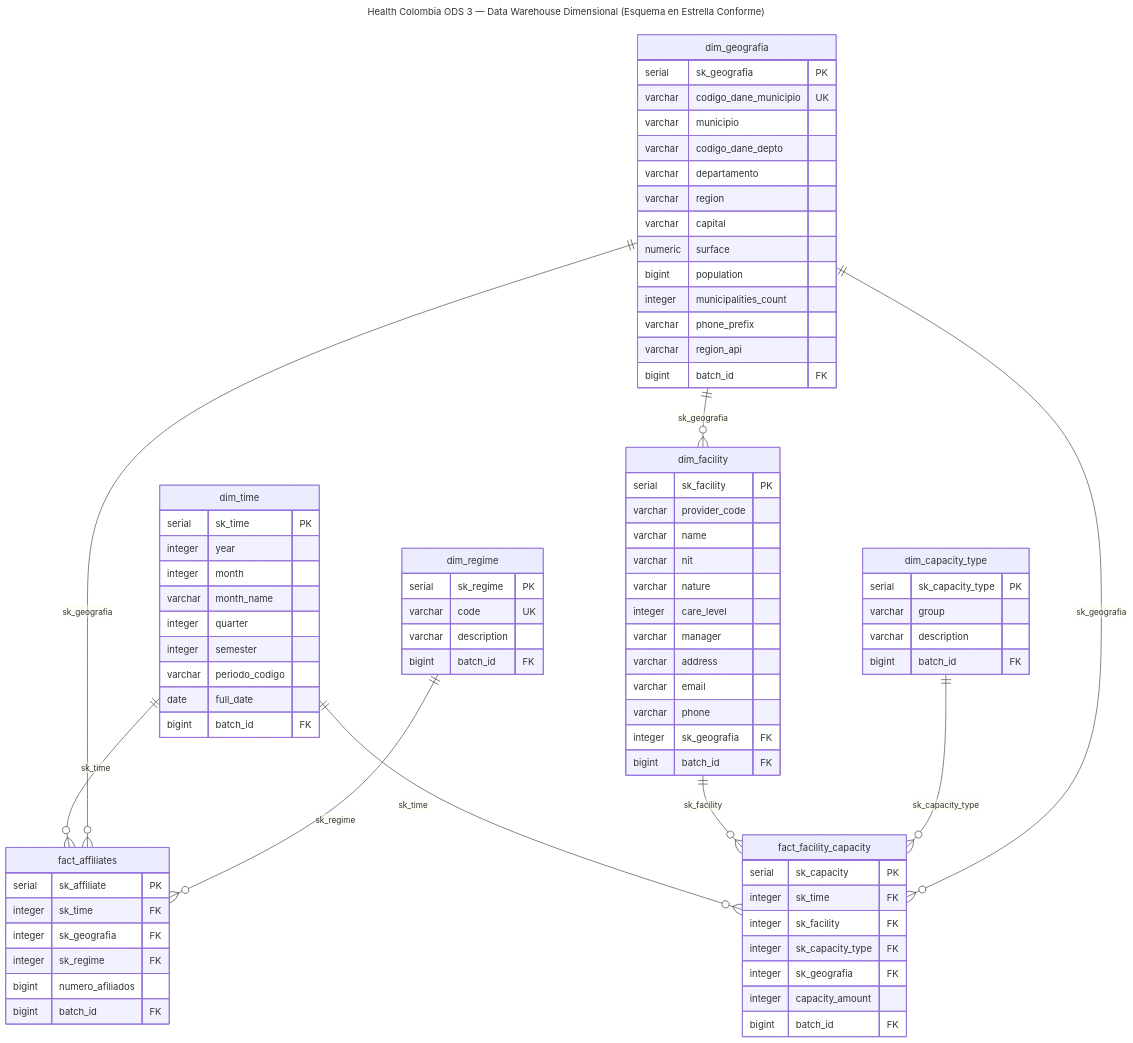
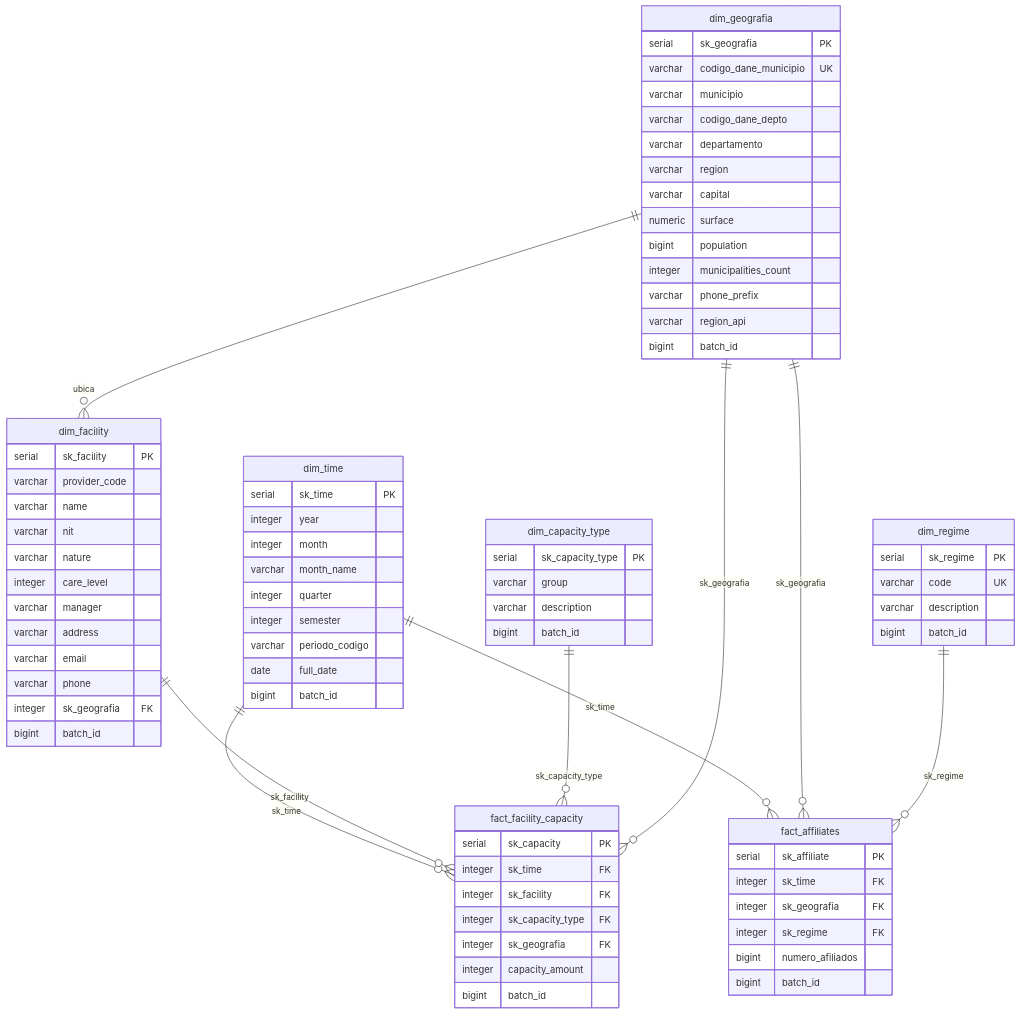
The diagram in diagrams/star_schema.mmd (driosoft-pro/etl-2026-2-ods3-salud-api-gx-airflow), drawn with Mermaid before and after one commit. The commit also changed 1958 other files, not shown here.

```diff
--- a/diagrams/star_schema.mmd
+++ b/diagrams/star_schema.mmd
@@ -1,90 +1,100 @@
----
-title: Health Colombia ODS 3 — Data Warehouse Dimensional (Esquema en Estrella Conforme)
----
 erDiagram
-    dim_time ||--o{ fact_affiliates : "sk_time"
-    dim_geografia ||--o{ fact_affiliates : "sk_geografia"
-    dim_regime ||--o{ fact_affiliates : "sk_regime"
-
-    dim_time ||--o{ fact_facility_capacity : "sk_time"
-    dim_facility ||--o{ fact_facility_capacity : "sk_facility"
-    dim_capacity_type ||--o{ fact_facility_capacity : "sk_capacity_type"
-    dim_geografia ||--o{ fact_facility_capacity : "sk_geografia"
-
-    dim_geografia ||--o{ dim_facility : "sk_geografia"
-
+    %% ==========================================
+    %% CONFORMED DIMENSIONS
+    %% ==========================================
     dim_time {
         serial sk_time PK
         integer year
         integer month
         varchar month_name
         integer quarter
         integer semester
         varchar periodo_codigo
         date full_date
-        bigint batch_id FK
+        bigint batch_id
     }
 
     dim_geografia {
         serial sk_geografia PK
         varchar codigo_dane_municipio UK
         varchar municipio
         varchar codigo_dane_depto
         varchar departamento
         varchar region
         varchar capital
         numeric surface
         bigint population
         integer municipalities_count
         varchar phone_prefix
         varchar region_api
-        bigint batch_id FK
+        bigint batch_id
     }
 
+    %% ==========================================
+    %% SPECIFIC DIMENSIONS
+    %% ==========================================
     dim_regime {
         serial sk_regime PK
         varchar code UK
         varchar description
-        bigint batch_id FK
+        bigint batch_id
     }
 
     dim_facility {
         serial sk_facility PK
         varchar provider_code
         varchar name
         varchar nit
         varchar nature
         integer care_level
         varchar manager
         varchar address
         varchar email
         varchar phone
         integer sk_geografia FK
-        bigint batch_id FK
+        bigint batch_id
     }
 
     dim_capacity_type {
         serial sk_capacity_type PK
         varchar group
         varchar description
-        bigint batch_id FK
+        bigint batch_id
     }
 
+    %% Relación dimensional jerárquica
+    dim_geografia ||--o{ dim_facility : "ubica"
+
+    %% ==========================================
+    %% FACT TABLES
+    %% ==========================================
     fact_affiliates {
         serial sk_affiliate PK
         integer sk_time FK
         integer sk_geografia FK
         integer sk_regime FK
         bigint numero_afiliados
-        bigint batch_id FK
+        bigint batch_id
     }
 
     fact_facility_capacity {
         serial sk_capacity PK
         integer sk_time FK
         integer sk_facility FK
         integer sk_capacity_type FK
         integer sk_geografia FK
         integer capacity_amount
-        bigint batch_id FK
+        bigint batch_id
     }
+
+    %% ==========================================
+    %% FACT - DIMENSION RELATIONSHIPS
+    %% ==========================================
+    dim_time ||--o{ fact_affiliates : "sk_time"
+    dim_geografia ||--o{ fact_affiliates : "sk_geografia"
+    dim_regime ||--o{ fact_affiliates : "sk_regime"
+
+    dim_time ||--o{ fact_facility_capacity : "sk_time"
+    dim_facility ||--o{ fact_facility_capacity : "sk_facility"
+    dim_capacity_type ||--o{ fact_facility_capacity : "sk_capacity_type"
+    dim_geografia ||--o{ fact_facility_capacity : "sk_geografia"
```
